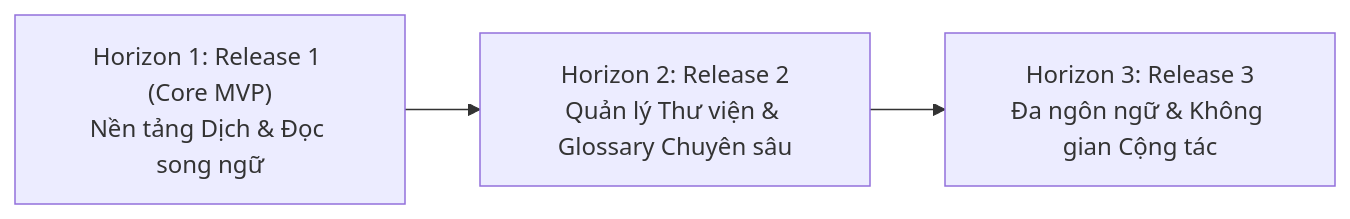
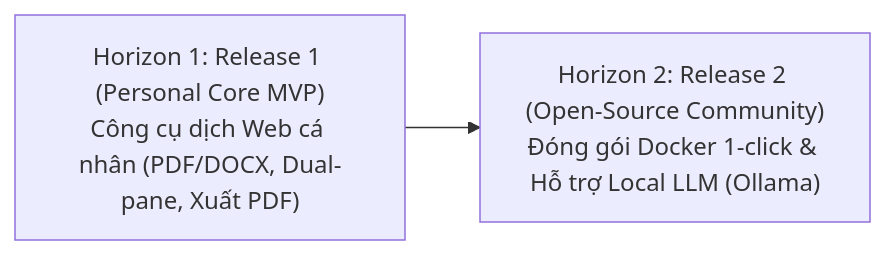
Before and after one commit to phamvantienkiz/paper-translation: the diagram in docs/business/roadmap.md, drawn with Mermaid. The commit also changed other lines of this file and 15 other files, not shown here.

````diff
--- a/docs/business/roadmap.md
+++ b/docs/business/roadmap.md
@@ -15,5 +15,4 @@
 ```mermaid
 flowchart LR
-    H1["Horizon 1: Release 1 (Core MVP)<br>Nền tảng Dịch & Đọc song ngữ"] --> H2["Horizon 2: Release 2<br>Quản lý Thư viện & Glossary Chuyên sâu"]
-    H2 --> H3["Horizon 3: Release 3<br>Đa ngôn ngữ & Không gian Cộng tác"]
+    H1["Horizon 1: Release 1 (Personal Core MVP)<br>Công cụ dịch Web cá nhân (PDF/DOCX, Dual-pane, Xuất PDF)"] --> H2["Horizon 2: Release 2 (Open-Source Community)<br>Đóng gói Docker 1-click & Hỗ trợ Local LLM (Ollama)"]
 ```
````
